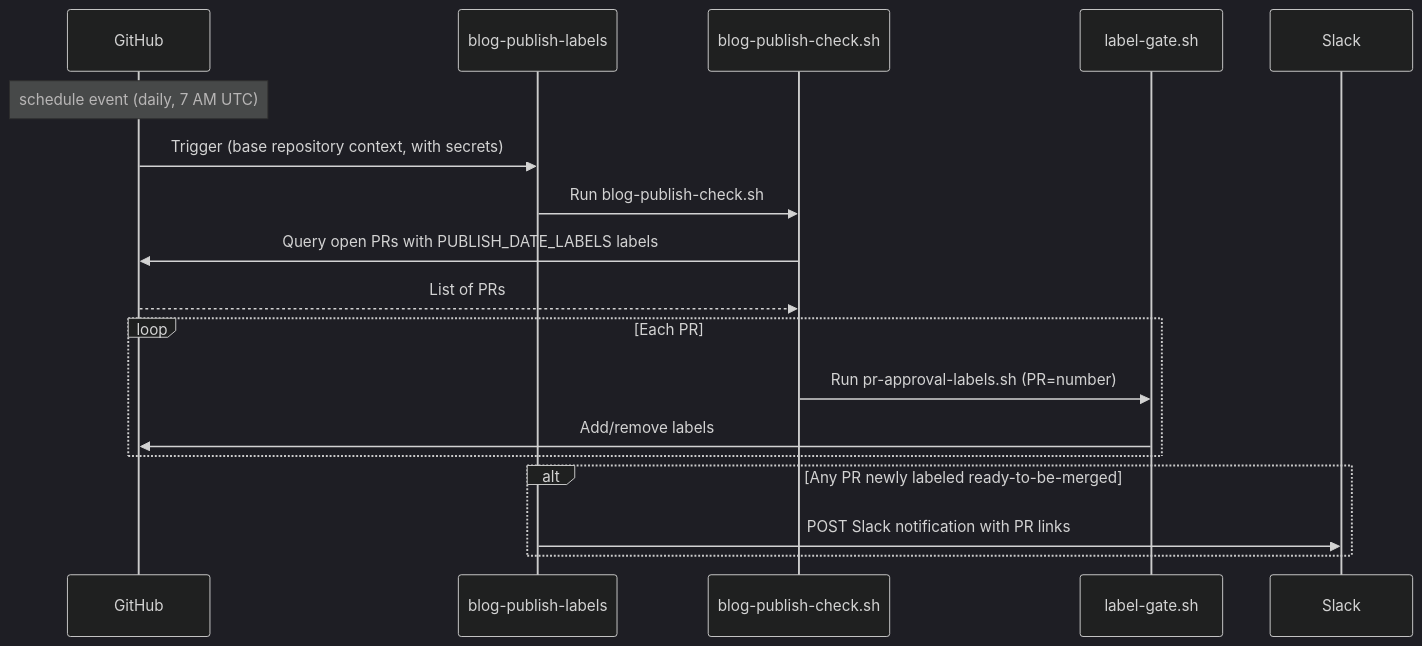
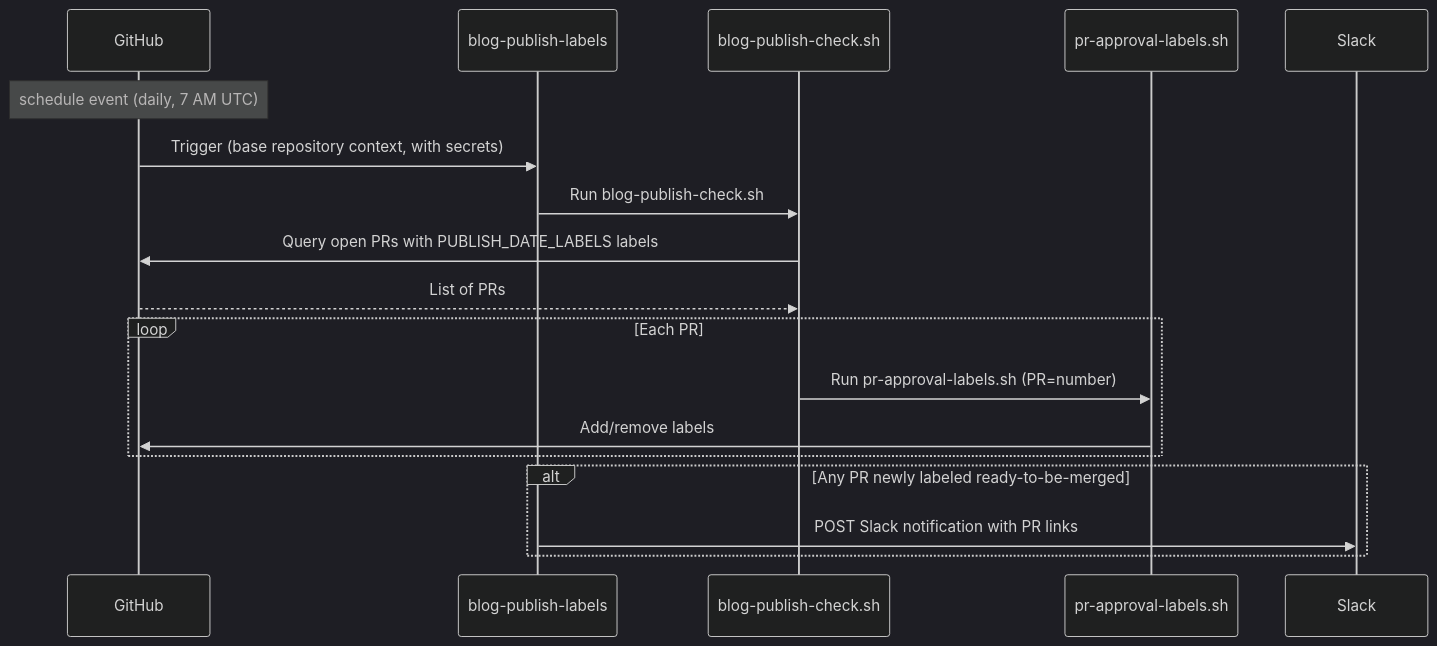
Before and after one commit to open-telemetry/opentelemetry.io: the diagram in content/en/site/build/ci-workflows/blog-publish-labels.md, drawn with Mermaid (dark theme). The commit also changed other lines of this file and 4 other files, not shown here.

````diff
--- a/content/en/site/build/ci-workflows/blog-publish-labels.md
+++ b/content/en/site/build/ci-workflows/blog-publish-labels.md
@@ -77,22 +75,22 @@
 ```mermaid
 sequenceDiagram
     participant GH as GitHub
     participant W as blog-publish-labels
     participant B as blog-publish-check.sh
-    participant L as label-gate.sh
+    participant L as pr-approval-labels.sh
     participant S as Slack
 
     Note over GH: schedule event (daily, 7 AM UTC)
 
     GH->>W: Trigger (base repository context, with secrets)
     W->>B: Run blog-publish-check.sh
     B->>GH: Query open PRs with PUBLISH_DATE_LABELS labels
     GH-->>B: List of PRs
     loop Each PR
         B->>L: Run pr-approval-labels.sh (PR=number)
         L->>GH: Add/remove labels
     end
     alt Any PR newly labeled ready-to-be-merged
         W->>S: POST Slack notification with PR links
     end
 ```
````
